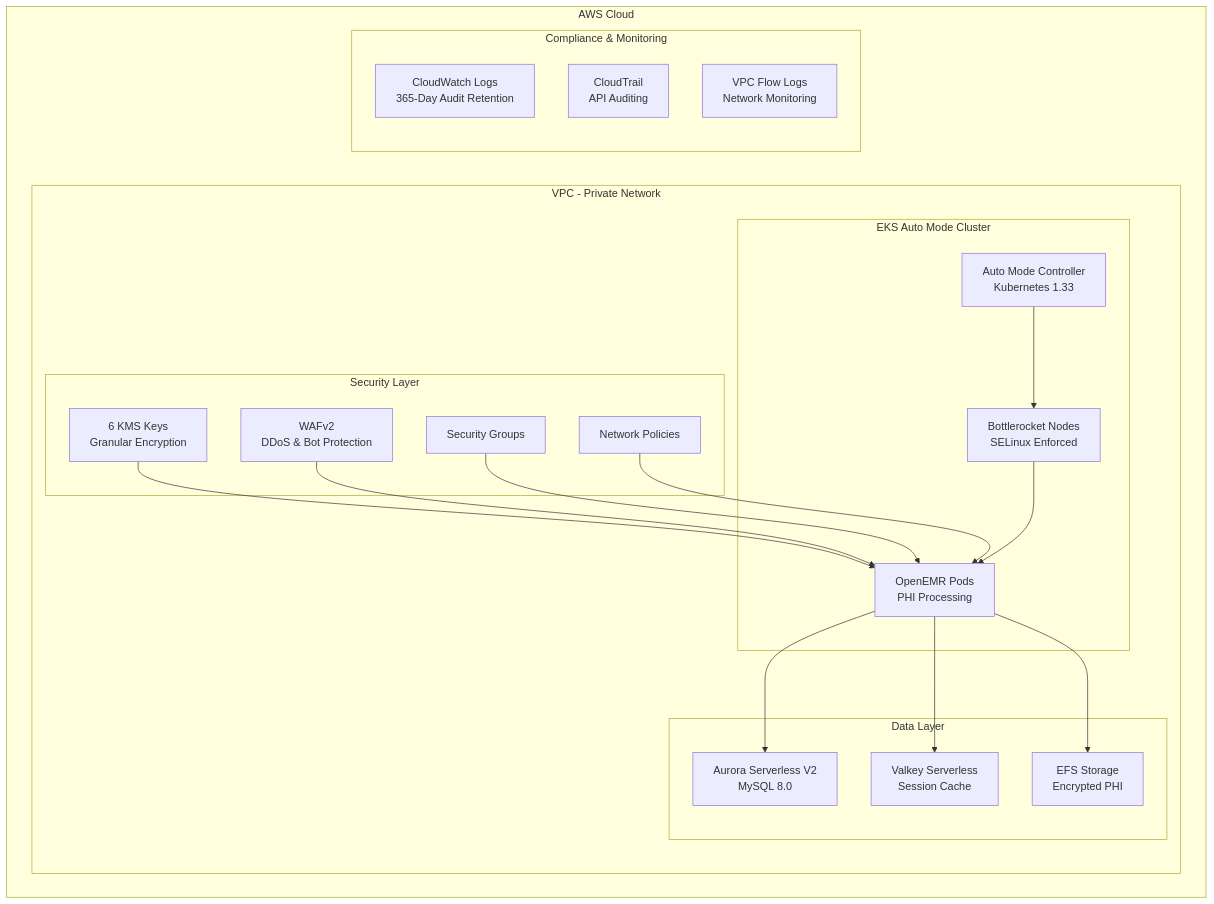
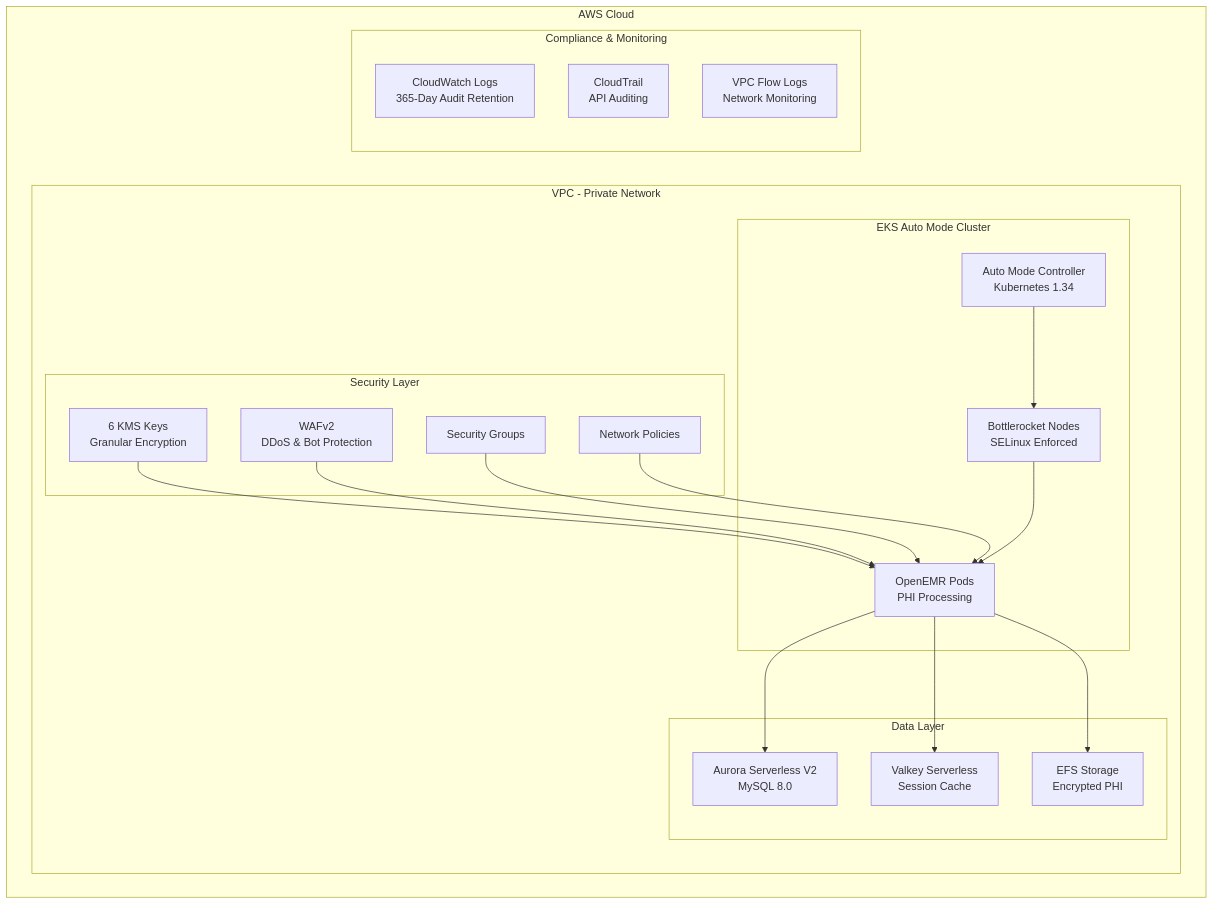
The diagram in README.md (Jmevorach/openemr-on-eks), drawn with Mermaid before and after one commit. The commit also changed other lines of this file and 53 other files, not shown here.

````diff
--- a/README.md
+++ b/README.md
@@ -76,41 +73,41 @@
 ```mermaid
 graph TB
     subgraph "AWS Cloud"
         subgraph "VPC - Private Network"
             subgraph "EKS Auto Mode Cluster"
-                AM[Auto Mode Controller<br/>Kubernetes 1.33]
+                AM[Auto Mode Controller<br/>Kubernetes 1.34]
                 BN[Bottlerocket Nodes<br/>SELinux Enforced]
                 OP[OpenEMR Pods<br/>PHI Processing]
             end
 
             subgraph "Data Layer"
                 RDS[Aurora Serverless V2<br/>MySQL 8.0]
                 CACHE[Valkey Serverless<br/>Session Cache]
                 EFS[EFS Storage<br/>Encrypted PHI]
             end
 
             subgraph "Security Layer"
                 KMS[6 KMS Keys<br/>Granular Encryption]
                 SG[Security Groups]
                 NP[Network Policies]
                 WAF[WAFv2<br/>DDoS & Bot Protection]
             end
         end
 
         subgraph "Compliance & Monitoring"
             CW[CloudWatch Logs<br/>365-Day Audit Retention]
             CT[CloudTrail<br/>API Auditing]
             VFL[VPC Flow Logs<br/>Network Monitoring]
         end
     end
 
     OP --> RDS
     OP --> CACHE
     OP --> EFS
     AM --> BN
     KMS --> OP
     BN --> OP
     WAF --> OP
     SG --> OP
     NP --> OP
 ```
````
